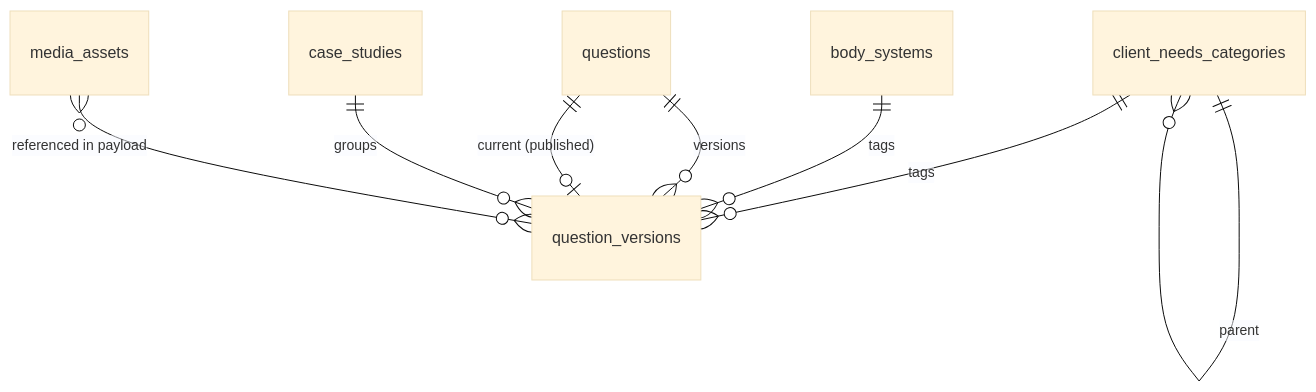
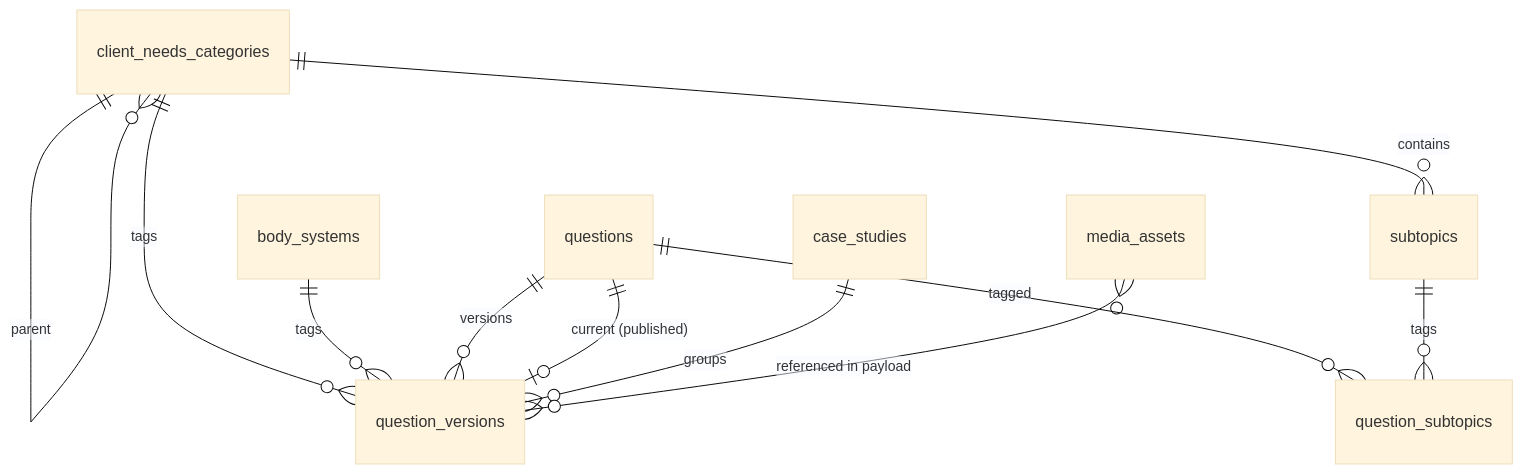
The second of 4 diagrams in docs/database.md (sizzle01/Nclex-Practice), drawn with Mermaid (base theme) before and after one commit. The commit also changed other lines of this file and 3 other files, not shown here.

````diff
--- a/docs/database.md
+++ b/docs/database.md
@@ -47,10 +47,13 @@
 ```mermaid
 erDiagram
   client_needs_categories ||--o{ client_needs_categories : parent
   client_needs_categories ||--o{ question_versions : tags
   body_systems ||--o{ question_versions : tags
   questions ||--o{ question_versions : versions
   questions ||--o| question_versions : "current (published)"
   case_studies ||--o{ question_versions : groups
   media_assets }o--o{ question_versions : "referenced in payload"
+  client_needs_categories ||--o{ subtopics : contains
+  questions ||--o{ question_subtopics : tagged
+  subtopics ||--o{ question_subtopics : tags
 ```
````
